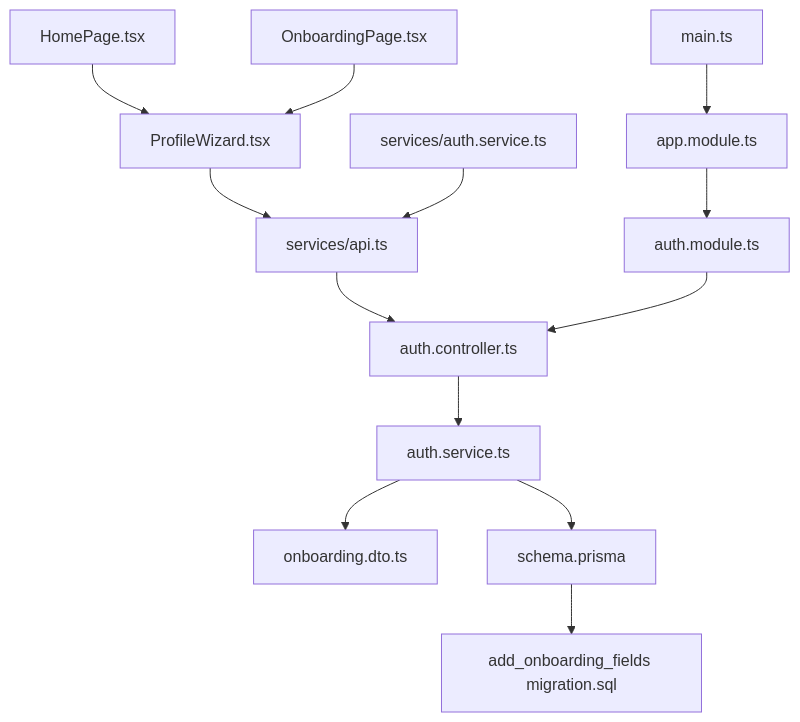
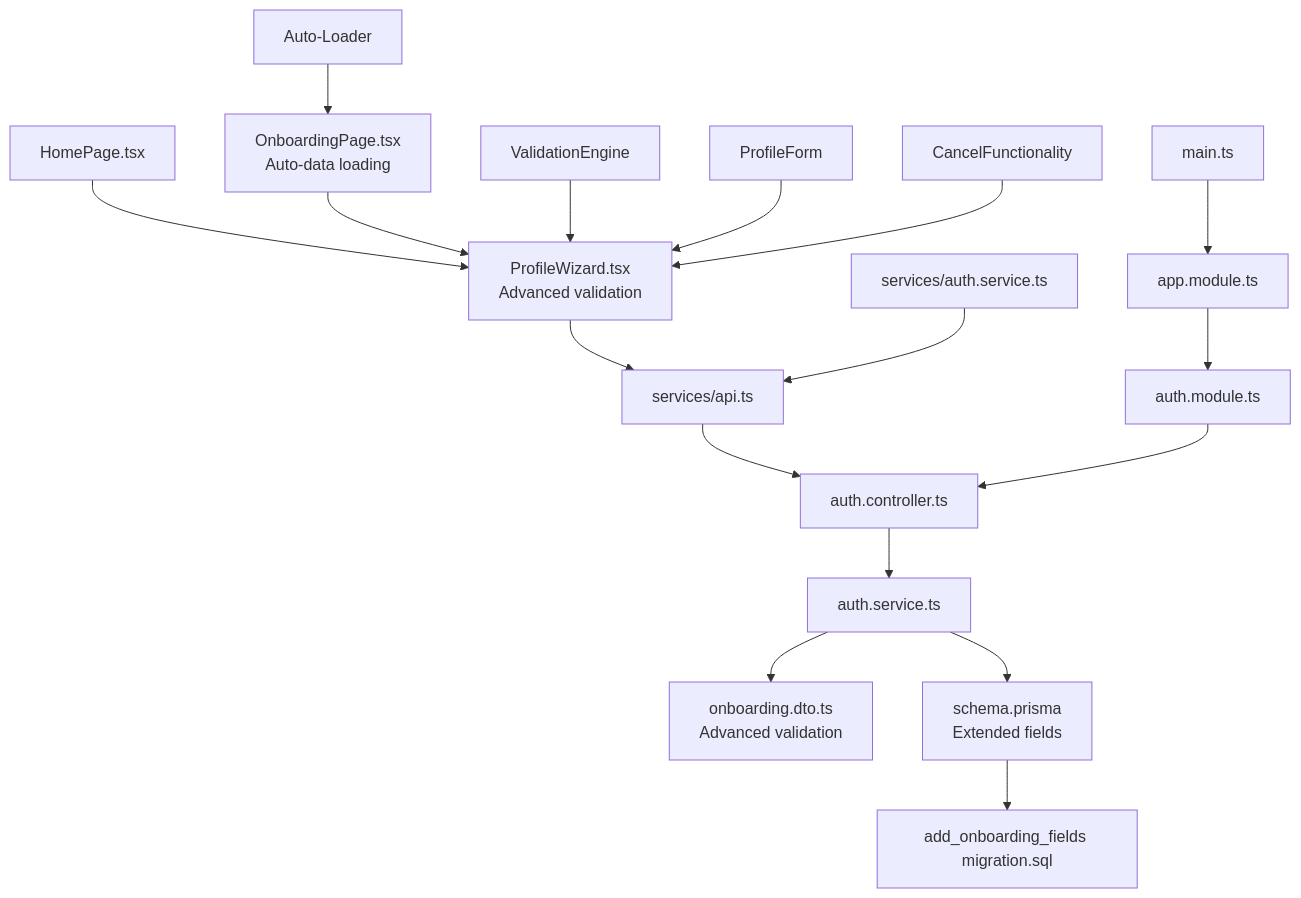
The sixth of 6 diagrams in .qoder/repowiki/en/content/Arquitetura Backend/Sistema Obrigatório de Onboarding.md (RobertRuas/windlog), drawn with Mermaid before and after one commit. The commit also changed other lines of this file and 17 other files, not shown here.

````diff
--- a/.qoder/repowiki/en/content/Arquitetura Backend/Sistema Obrigatório de Onboarding.md
+++ b/.qoder/repowiki/en/content/Arquitetura Backend/Sistema Obrigatório de Onboarding.md
@@ -311,15 +394,19 @@
 ```mermaid
 graph TB
-FE_PW["ProfileWizard.tsx"] --> FE_API["services/api.ts"]
+FE_PW["ProfileWizard.tsx<br/>Advanced validation"] --> FE_API["services/api.ts"]
 FE_HP["HomePage.tsx"] --> FE_PW
-FE_OP["OnboardingPage.tsx"] --> FE_PW
+FE_OP["OnboardingPage.tsx<br/>Auto-data loading"] --> FE_PW
 FE_SAUTH["services/auth.service.ts"] --> FE_API
+FE_AE["Auto-Loader"] --> FE_OP
+FE_VE["ValidationEngine"] --> FE_PW
+FE_PF["ProfileForm"] --> FE_PW
+FE_CF["CancelFunctionality"] --> FE_PW
 FE_API --> BE_CTRL["auth.controller.ts"]
 BE_CTRL --> BE_SVC["auth.service.ts"]
-BE_SVC --> BE_DTO["onboarding.dto.ts"]
-BE_SVC --> BE_PRISMA["schema.prisma"]
+BE_SVC --> BE_DTO["onboarding.dto.ts<br/>Advanced validation"]
+BE_SVC --> BE_PRISMA["schema.prisma<br/>Extended fields"]
 BE_PRISMA --> BE_MIG["add_onboarding_fields migration.sql"]
 BE_MOD["auth.module.ts"] --> BE_CTRL
 APP_MOD["app.module.ts"] --> BE_MOD
 MAIN["main.ts"] --> APP_MOD
 ```
````
